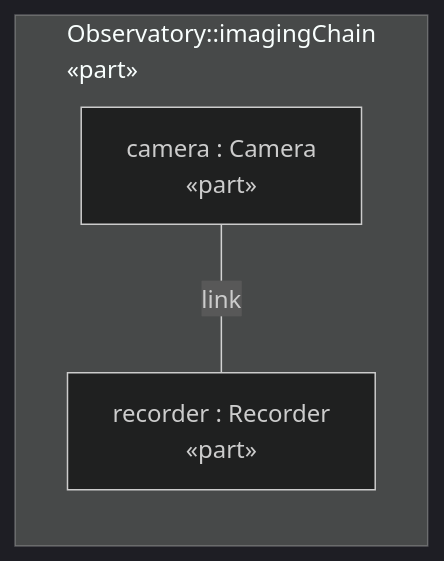
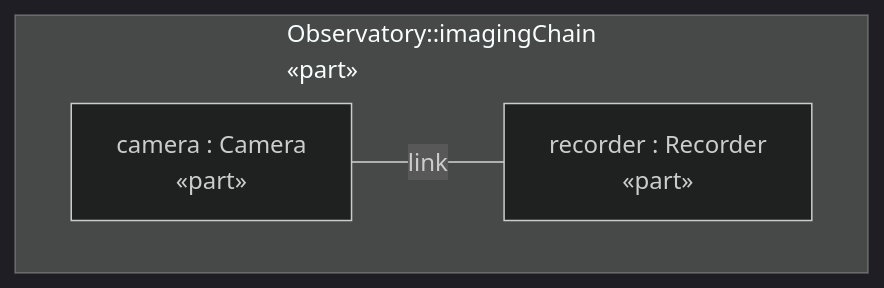
Before and after one commit to Open-MBEE/OpenSysML: the first of 2 diagrams in docs/manual/examples/observatory.md, drawn with Mermaid (dark theme). The commit also changed 16 other files, not shown here.

First line of the commit message:
fix(view): state the flowchart direction in every Mermaid subgraph

````diff
--- a/docs/manual/examples/observatory.md
+++ b/docs/manual/examples/observatory.md
@@ -64,15 +64,16 @@
 ```mermaid
 ---
 config:
   flowchart:
     subGraphTitleMargin:
       bottom: 24
 ---
 %% Observatory::interconnectView — interconnection rendering (render asInterconnectionDiagram)
 flowchart LR
   subgraph n0 ["Observatory::imagingChain<br>«part»"]
+    direction LR
     n1["camera : Camera<br>«part»"]
     n2["recorder : Recorder<br>«part»"]
   end
   n1 ---|"link"| n2
 ```
````
